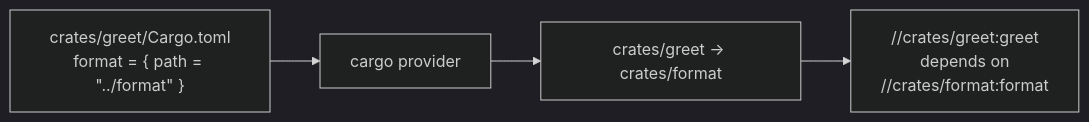
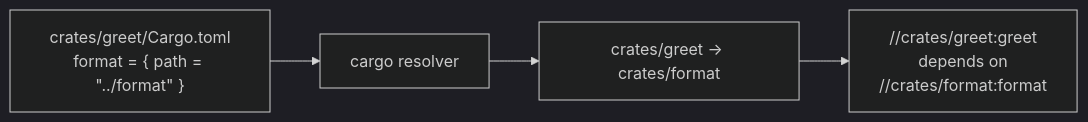
The diagram in docs/src/content/docs/topics/dependency-inference.mdx (chrismatix/grog), drawn with Mermaid (dark theme) before and after one commit. The commit also changed other lines of this file and 2 other files, not shown here.

````diff
--- a/docs/src/content/docs/topics/dependency-inference.mdx
+++ b/docs/src/content/docs/topics/dependency-inference.mdx
@@ -221,6 +221,6 @@
 ```mermaid
 flowchart LR
-  M["crates/greet/Cargo.toml<br/>format = { path = &quot;../format&quot; }"] --> P["cargo provider"]
+  M["crates/greet/Cargo.toml<br/>format = { path = &quot;../format&quot; }"] --> P["cargo resolver"]
   P --> E["crates/greet → crates/format"]
   E --> G["//crates/greet:greet<br/>depends on<br/>//crates/format:format"]
 ```
````
